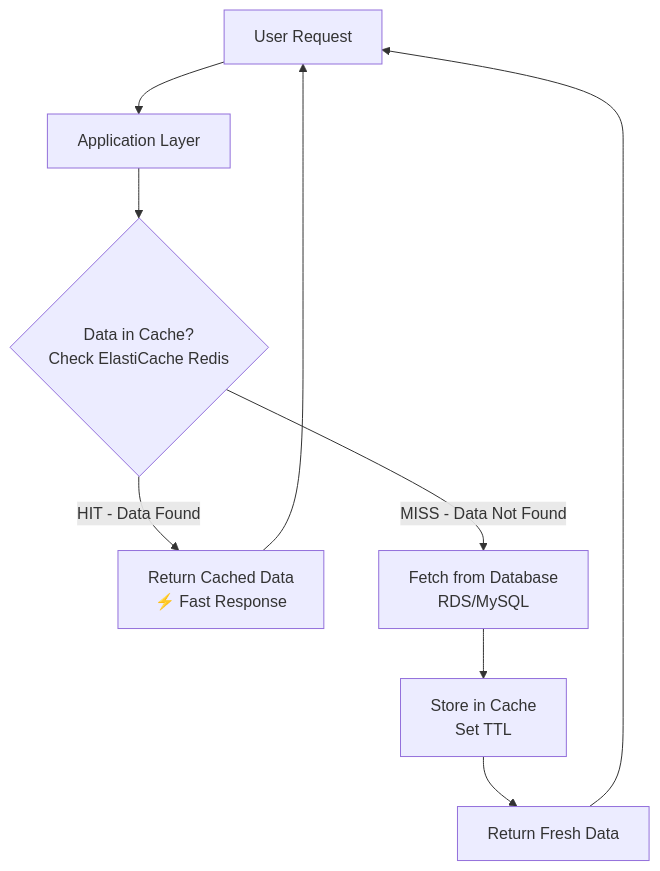
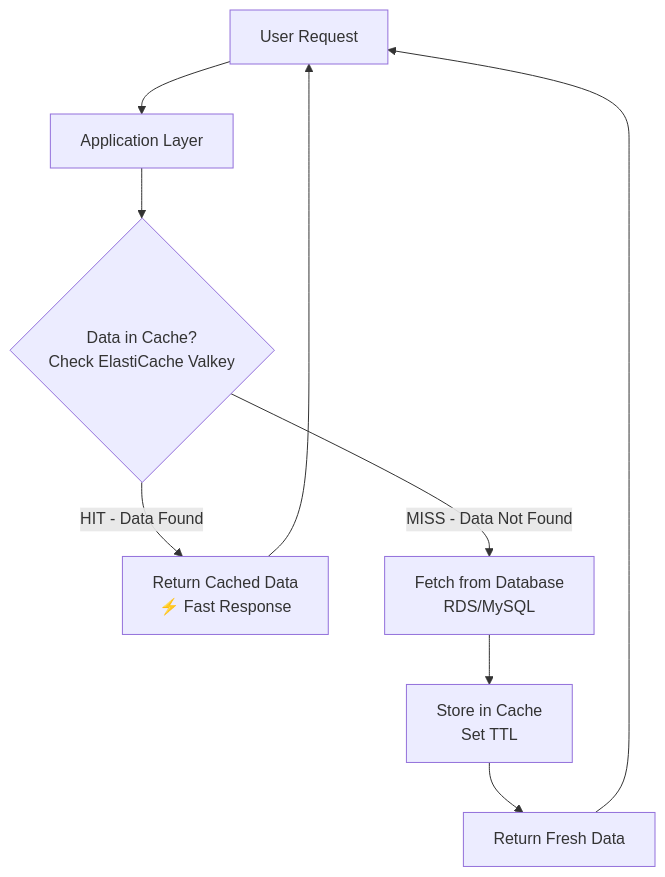
The diagram in docs/dev-cloud/cloud_lab/7_Databases/lab_19.md (sujith-eag/sujith-library), drawn with Mermaid before and after one commit. The commit also changed other lines of this file and 29 other files, not shown here.

````diff
--- a/docs/dev-cloud/cloud_lab/7_Databases/lab_19.md
+++ b/docs/dev-cloud/cloud_lab/7_Databases/lab_19.md
@@ -35,15 +38,15 @@
 ```mermaid
 flowchart TD
     User[User Request] --> App[Application Layer]
     
-    App --> Cache{Data in Cache?<br/>Check ElastiCache Redis}
+    App --> Cache{Data in Cache?<br/>Check ElastiCache Valkey}
     
     Cache -->|HIT - Data Found| ReturnCache[Return Cached Data<br/>⚡ Fast Response]
     Cache -->|MISS - Data Not Found| FetchDB[Fetch from Database<br/>RDS/MySQL]
     
     FetchDB --> StoreCache[Store in Cache<br/>Set TTL]
     StoreCache --> ReturnData[Return Fresh Data]
     
     ReturnCache --> User
     ReturnData --> User
 ```
````
